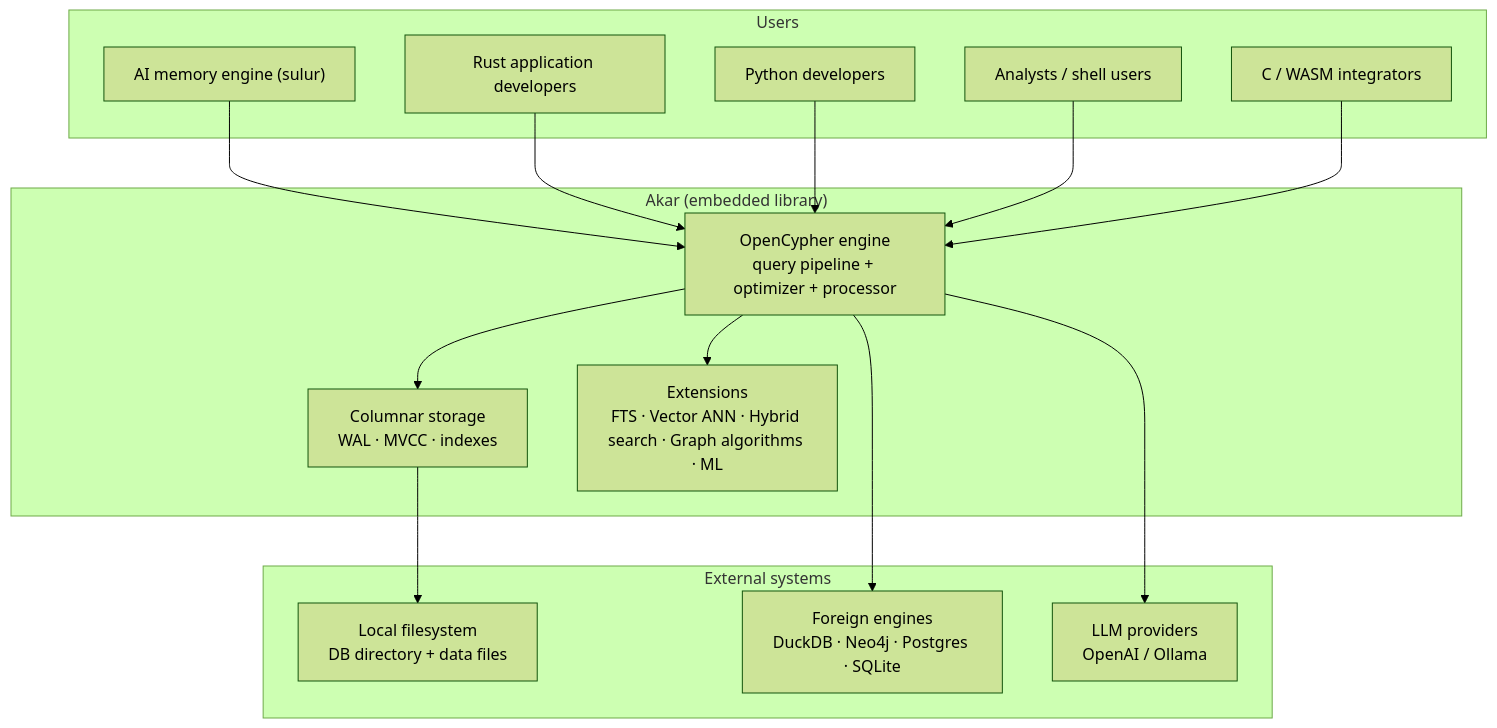
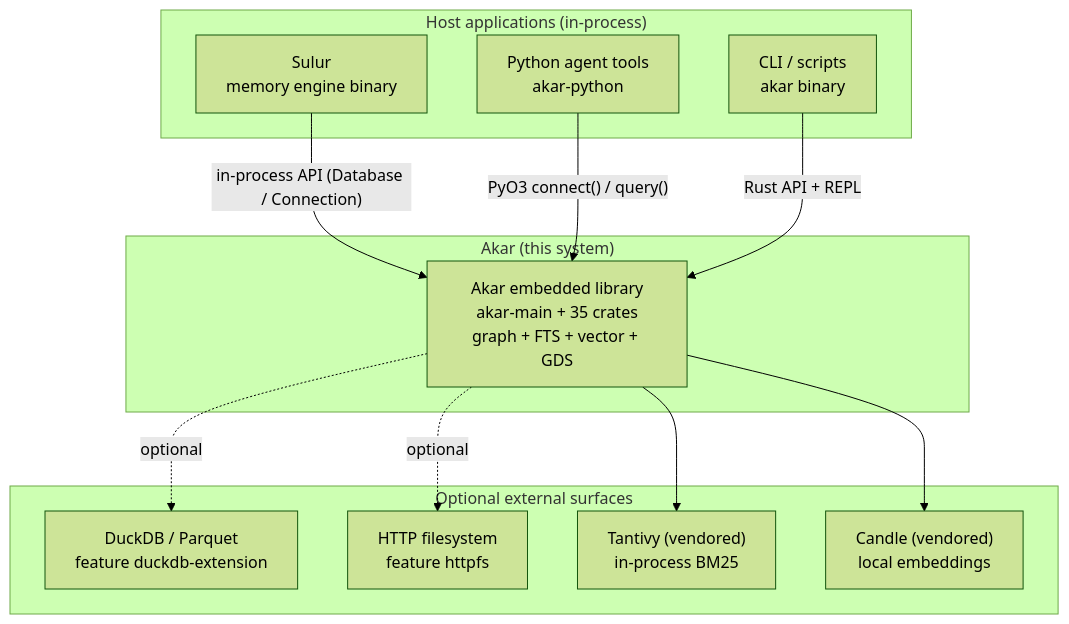
One commit to mlengse/akar changed the diagram in .terrain/human/1.Overview.md. Above: the diagram before and after it, drawn with Mermaid (forest theme). The commit also changed other lines of this file and 29 other files, not shown here.

````diff
--- a/.terrain/human/1.Overview.md
+++ b/.terrain/human/1.Overview.md
@@ -12,30 +31,24 @@
 ```mermaid
-flowchart TD
-    subgraph USER["Users"]
-        sulur["AI memory engine (sulur)"]
-        rustdev["Rust application developers"]
-        pydev["Python developers"]
-        analyst["Analysts / shell users"]
-        cdev["C / WASM integrators"]
+graph TB
+    subgraph hosts["Host applications (in-process)"]
+        sulur["Sulur<br/>memory engine binary"]
+        pyapp["Python agent tools<br/>akar-python"]
+        cliapp["CLI / scripts<br/>akar binary"]
     end
-    subgraph AKAR["Akar (embedded library)"]
-        api["OpenCypher engine<br/>query pipeline + optimizer + processor"]
-        store["Columnar storage<br/>WAL · MVCC · indexes"]
-        ext["Extensions<br/>FTS · Vector ANN · Hybrid search · Graph algorithms · ML"]
+    subgraph akarSys["Akar (this system)"]
+        akar["Akar embedded library<br/>akar-main + 35 crates<br/>graph + FTS + vector + GDS"]
     end
-    subgraph EXTERNAL["External systems"]
-        fs["Local filesystem<br/>DB directory + data files"]
-        foreign["Foreign engines<br/>DuckDB · Neo4j · Postgres · SQLite"]
-        llm["LLM providers<br/>OpenAI / Ollama"]
+    subgraph external["Optional external surfaces"]
+        duck["DuckDB / Parquet<br/>feature duckdb-extension"]
+        httpfs["HTTP filesystem<br/>feature httpfs"]
+        tantivy["Tantivy (vendored)<br/>in-process BM25"]
+        candle["Candle (vendored)<br/>local embeddings"]
     end
-    sulur --> api
-    rustdev --> api
-    pydev --> api
-    analyst --> api
-    cdev --> api
-    api --> store
-    store --> fs
-    api --> ext
-    api --> foreign
-    api --> llm
+    sulur -->|"in-process API (Database / Connection)"| akar
+    pyapp -->|"PyO3 connect() / query()"| akar
+    cliapp -->|"Rust API + REPL"| akar
+    akar -.->|"optional"| duck
+    akar -.->|"optional"| httpfs
+    akar --> tantivy
+    akar --> candle
 ```
````
